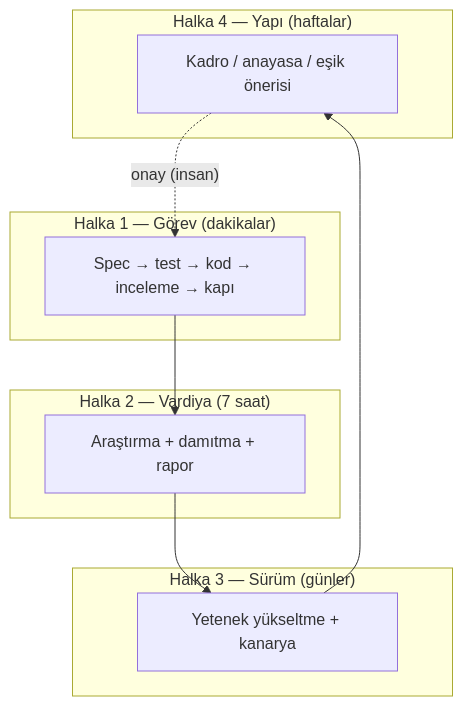
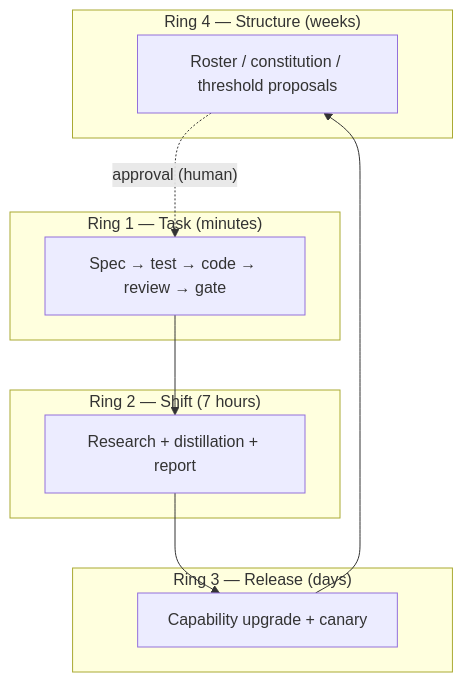
Before and after one commit to kefyusuf/kovan-fabrika: the diagram in fabrika/README.md, drawn with Mermaid. The commit also changed other lines of this file and 11 other files, not shown here.

````diff
--- a/fabrika/README.md
+++ b/fabrika/README.md
@@ -101,17 +106,17 @@
 ```mermaid
 flowchart TB
-  subgraph H4["Halka 4 — Yapı (haftalar)"]
-    org["Kadro / anayasa / eşik önerisi"]
+  subgraph R4["Ring 4 — Structure (weeks)"]
+    org["Roster / constitution / threshold proposals"]
   end
-  subgraph H3["Halka 3 — Sürüm (günler)"]
-    cap["Yetenek yükseltme + kanarya"]
+  subgraph R3["Ring 3 — Release (days)"]
+    cap["Capability upgrade + canary"]
   end
-  subgraph H2["Halka 2 — Vardiya (7 saat)"]
-    night["Araştırma + damıtma + rapor"]
+  subgraph R2["Ring 2 — Shift (7 hours)"]
+    night["Research + distillation + report"]
   end
-  subgraph H1["Halka 1 — Görev (dakikalar)"]
-    task["Spec → test → kod → inceleme → kapı"]
+  subgraph R1["Ring 1 — Task (minutes)"]
+    task["Spec → test → code → review → gate"]
   end
   task --> night --> cap --> org
-  org -. "onay (insan)" .-> task
+  org -. "approval (human)" .-> task
 ```
````
